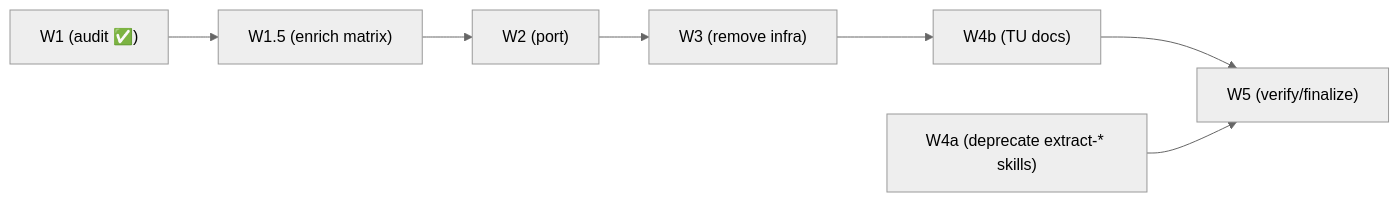
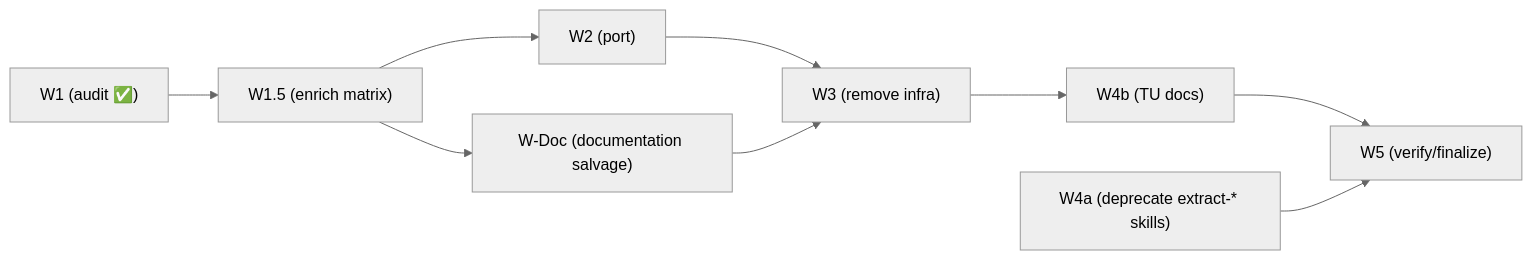
One commit to ruby-git/ruby-git changed the diagram in redesign/Phase 4 - Step B.md. Above: the diagram before and after it, drawn with Mermaid (neutral theme). The commit also changed other lines of this file and 2 other files, not shown here.

````diff
--- a/redesign/Phase 4 - Step B.md
+++ b/redesign/Phase 4 - Step B.md
@@ -259,9 +271,11 @@
 ```mermaid
 flowchart LR
     W1["W1 (audit ✅)"] --> W15["W1.5 (enrich matrix)"]
     W15 --> W2["W2 (port)"]
+    W15 --> WDoc["W-Doc (documentation salvage)"]
     W2 --> W3["W3 (remove infra)"]
+    WDoc --> W3
     W3 --> W4b["W4b (TU docs)"]
     W4b --> W5["W5 (verify/finalize)"]
     W4a["W4a (deprecate extract-* skills)"] --> W5
 ```
````
